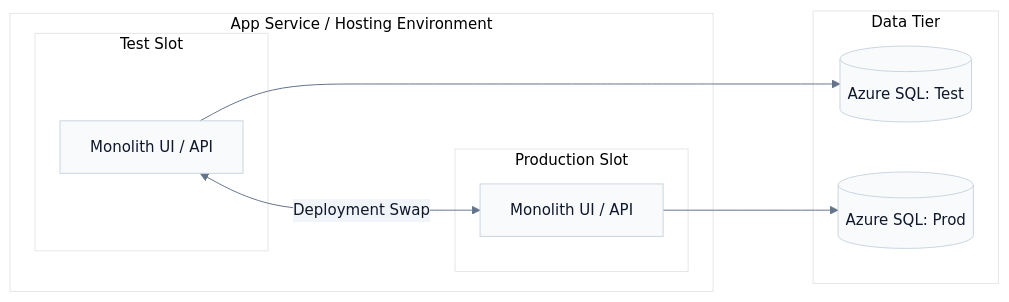
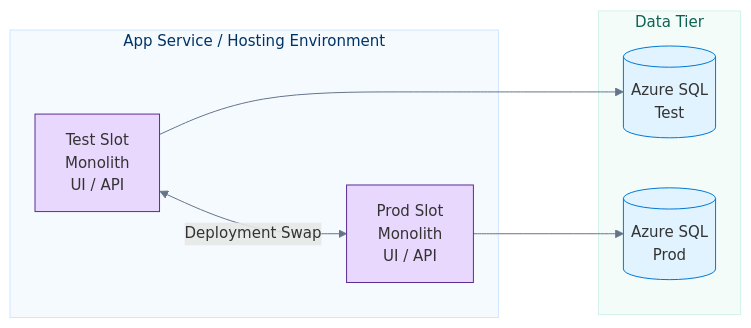
One commit to acforbes/freight-logistics-architecture changed the first of 5 diagrams in presentation.md. Above: the diagram before and after it, drawn with Mermaid. The commit also changed other lines of this file and 8 other files, not shown here.

Commit message:
docs: presentation mermaid graph styling and config for png saves

````diff
--- a/presentation.md
+++ b/presentation.md
@@ -121,37 +121,38 @@
  ```mermaid
 %%{init: {
-  'theme': 'base',
+  'theme': '',
   'themeVariables': {
     'fontFamily': 'Arial, sans-serif',
     'fontSize': '15px',
     'primaryColor': '#f8fafc',
     'primaryTextColor': '#0f172a',
     'primaryBorderColor': '#cbd5e1',
     'lineColor': '#64748b',
     'secondaryColor': '#f1f5f9',
     'tertiaryColor': '#ffffff'
   }
 }}%%
 graph LR
+    style Environment fill:#F5FAFF,stroke:#D0E6FF,color:#003366;
+    style Data fill:#F3FCF9,stroke:#D1F2EB,color:#0E6251;
+
+    classDef app fill:#E9D8FD,stroke:#5C2D91,color:#2D1650;  %% Light Azure purple
+    classDef sql fill:#E0F3FF,stroke:#0078D4,color:#003366;  %% SQL light blue
+
     subgraph Environment [App Service / Hosting Environment]
-        subgraph Test [Test Slot]
-            A[Monolith UI / API]
-        end
-
-        subgraph Prod [Production Slot]
-            B[Monolith UI / API]
-        end
+        Test[Test Slot<br/>Monolith<br/>UI / API]:::app
+        Prod[Prod Slot<br/>Monolith<br/>UI / API]:::app
         
         %% Swap Action
-        A <--> |Deployment Swap| B
+        Test <--> |Deployment Swap| Prod
     end
 
     subgraph Data [Data Tier]
-        DB_Test[(Azure SQL: Test)]
-        DB_Prod[(Azure SQL: Prod)]
+        DB_Test[(Azure SQL<br/>Test)]:::sql
+        DB_Prod[(Azure SQL<br/>Prod)]:::sql
     end
 
     %% Database Connections
-    A ---> DB_Test
-    B ---> DB_Prod
+    Test ---> DB_Test
+    Prod ---> DB_Prod
 ```
````
